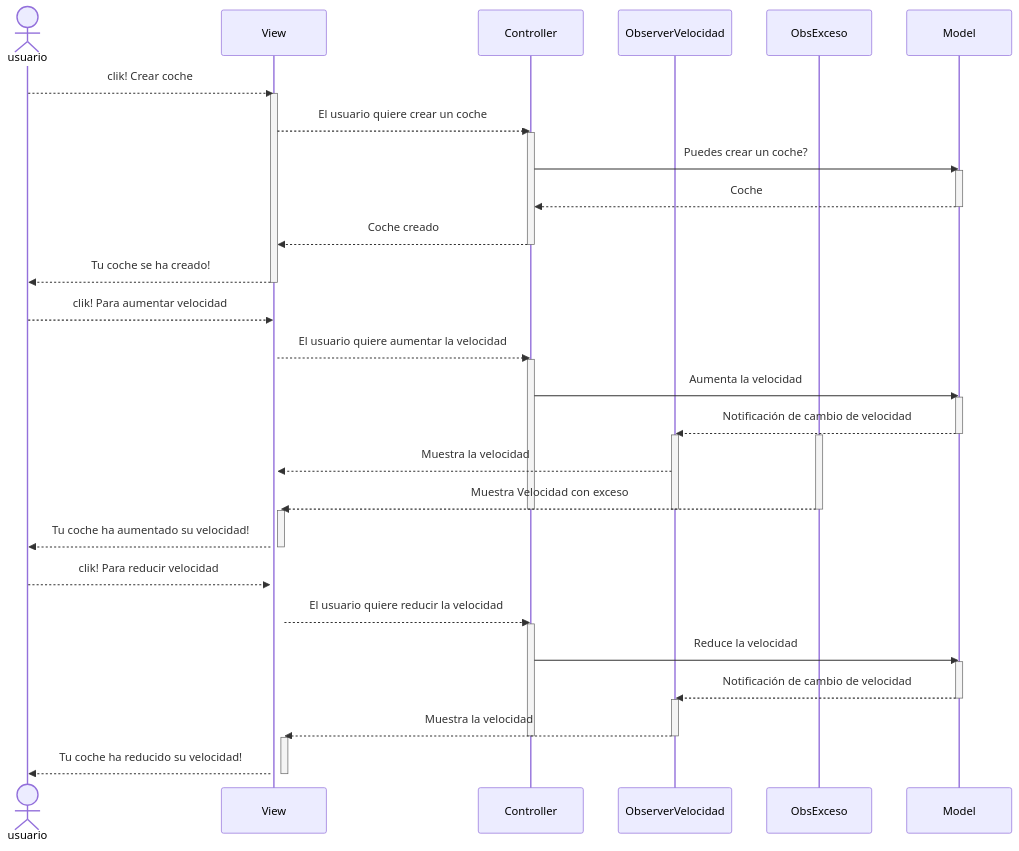
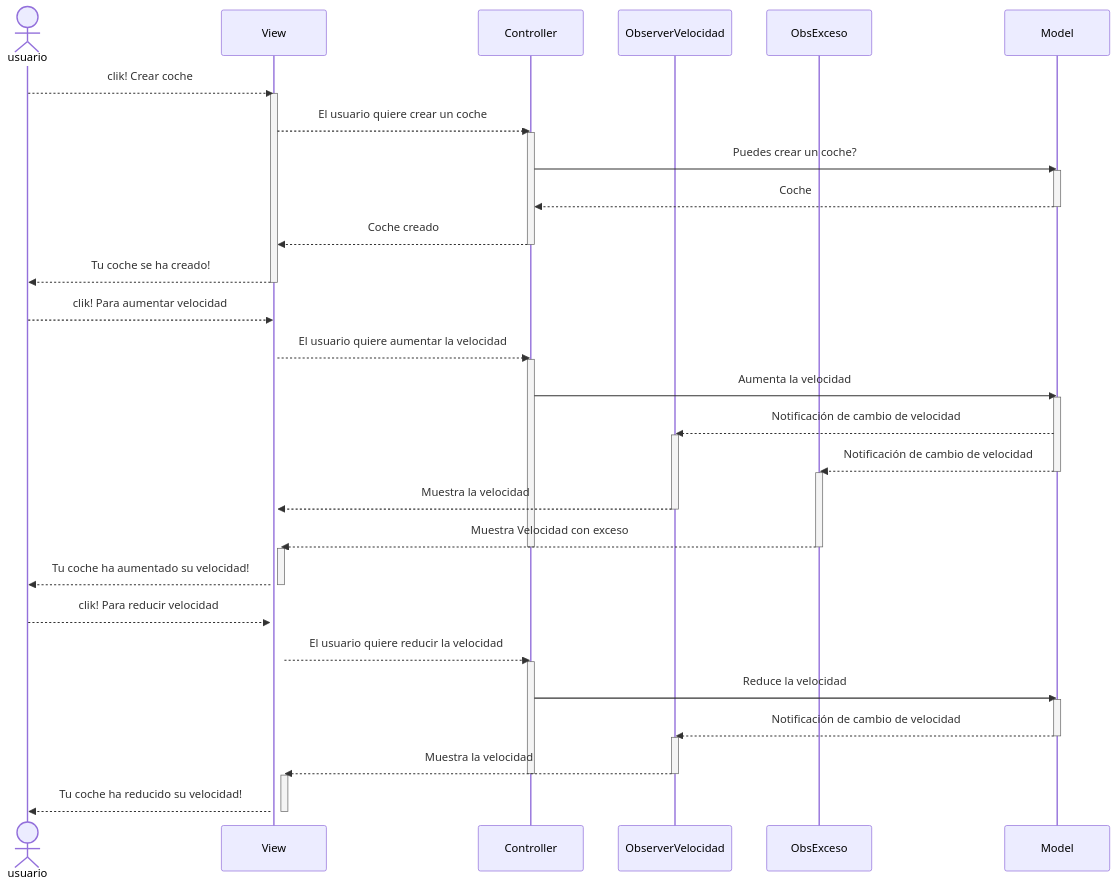
Before and after one commit to acasella03/MVC_coches: the second of 3 diagrams in Readme.md, drawn with Mermaid. The commit also changed other lines of this file, not shown here.

````diff
--- a/Readme.md
+++ b/Readme.md
@@ -66,55 +70,56 @@
 ```mermaid
 sequenceDiagram
     actor usuario
     participant View
     participant Controller
     participant ObserverVelocidad
     participant ObsExceso
     participant Model
     
     usuario-->>View: clik! Crear coche
     activate View
     View-->>Controller: El usuario quiere crear un coche
     activate Controller
     Controller->>Model: Puedes crear un coche?
     activate Model
     Model-->>Controller: Coche
     deactivate Model
     Controller-->>View: Coche creado
     deactivate Controller
     View-->>usuario: Tu coche se ha creado!
     deactivate View
     
     usuario-->>View: clik! Para aumentar velocidad
     activate View
     View-->>Controller: El usuario quiere aumentar la velocidad
     activate Controller
     Controller->>Model: Aumenta la velocidad
     activate Model
     Model-->>ObserverVelocidad: Notificación de cambio de velocidad
+    activate ObserverVelocidad
+    Model-->>ObsExceso: Notificación de cambio de velocidad
     deactivate Model
-    activate ObserverVelocidad
     activate ObsExceso
     ObserverVelocidad-->>+View: Muestra la velocidad
+    deactivate ObserverVelocidad
     ObsExceso-->>+View: Muestra Velocidad con exceso
-    deactivate ObserverVelocidad
     deactivate ObsExceso
     deactivate Controller
     View-->>usuario: Tu coche ha aumentado su velocidad!
     deactivate View
     
     usuario-->>View: clik! Para reducir velocidad
     activate View
     View-->>Controller: El usuario quiere reducir la velocidad
     activate Controller
     Controller->>Model: Reduce la velocidad
     activate Model
     Model-->>ObserverVelocidad: Notificación de cambio de velocidad
     deactivate Model
     activate ObserverVelocidad
     ObserverVelocidad-->>+View: Muestra la velocidad
     deactivate ObserverVelocidad
     deactivate Controller
     View-->>usuario: Tu coche ha reducido su velocidad!
     deactivate View
 ```
````
